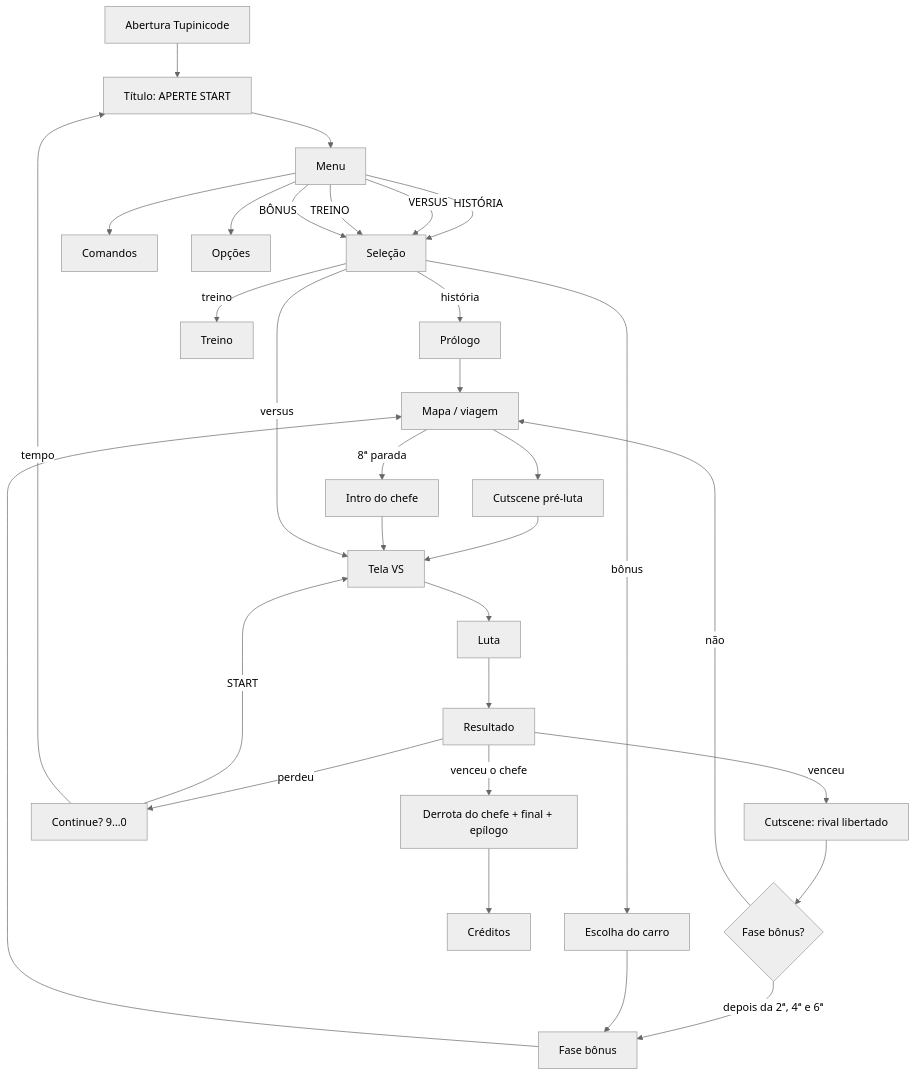
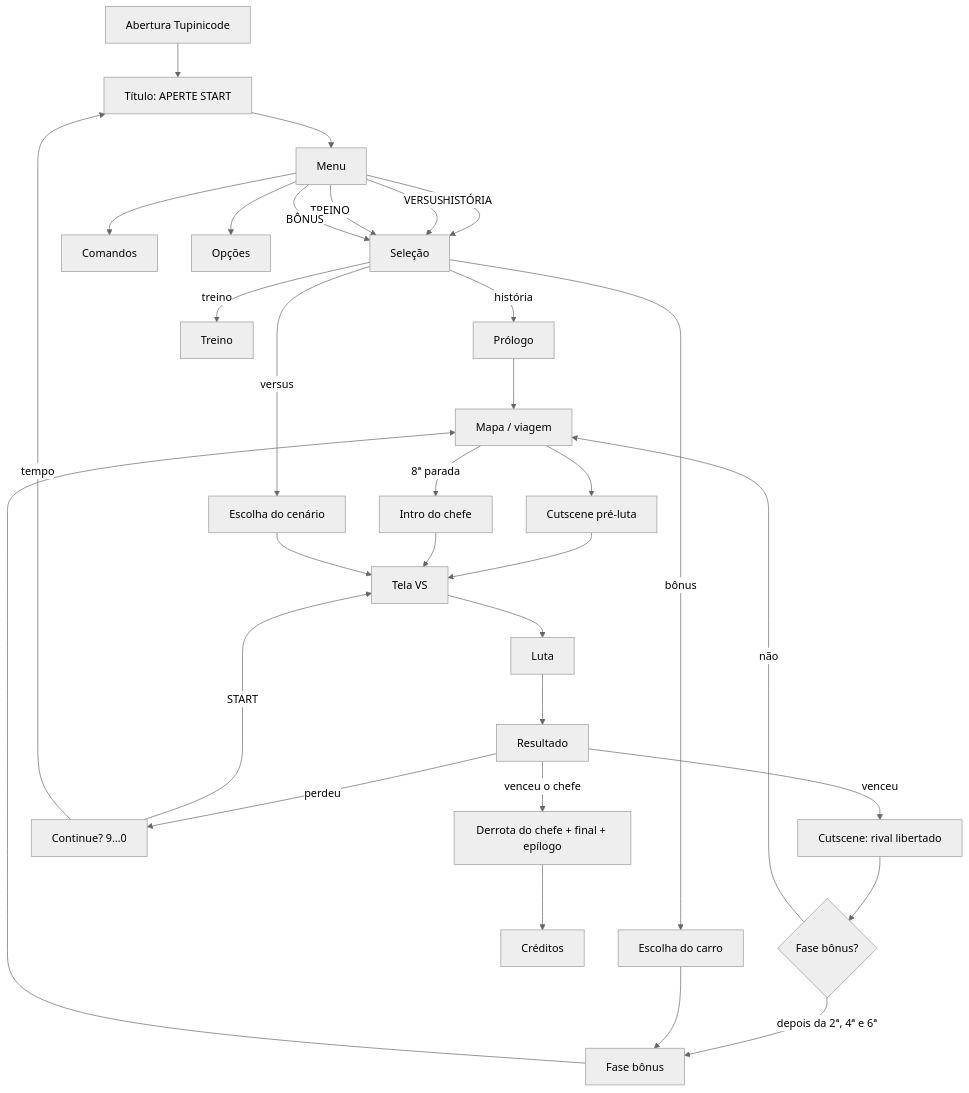
Before and after one commit to Le-Jr/brainrot-battle: the diagram in docs/jogo/02-modos-e-telas.md, drawn with Mermaid (neutral theme). The commit also changed other lines of this file and 13 other files, not shown here.

First line of the commit message:
docs: cenários, versus contra a CPU e escolha do cenário; snapshots e arte atualizados

````diff
--- a/docs/jogo/02-modos-e-telas.md
+++ b/docs/jogo/02-modos-e-telas.md
@@ -34,22 +34,22 @@
 ```mermaid
 flowchart TD
   A[Abertura Tupinicode] --> T[Título: APERTE START] --> MN[Menu]
   MN -->|HISTÓRIA| S[Seleção]
   MN -->|VERSUS| S
   MN -->|TREINO| S
   MN -->|BÔNUS| S
   MN --> M[Comandos]
   MN --> O[Opções]
   S -->|história| P[Prólogo] --> MAP[Mapa / viagem]
   MAP --> PF[Cutscene pré-luta] --> VS[Tela VS] --> F[Luta] --> R[Resultado]
   R -->|venceu| FR[Cutscene: rival libertado] --> BN{Fase bônus?}
   BN -->|depois da 2ª, 4ª e 6ª| B[Fase bônus] --> MAP
   BN -->|não| MAP
   R -->|perdeu| C[Continue? 9…0] -->|START| VS
   C -->|tempo| T
   MAP -->|8ª parada| BI[Intro do chefe] --> VS
   R -->|venceu o chefe| E[Derrota do chefe + final + epílogo] --> END[Créditos]
-  S -->|versus| VS
+  S -->|versus| SS[Escolha do cenário] --> VS
   S -->|treino| TR[Treino]
   S -->|bônus| CS[Escolha do carro] --> B
 ```
````
